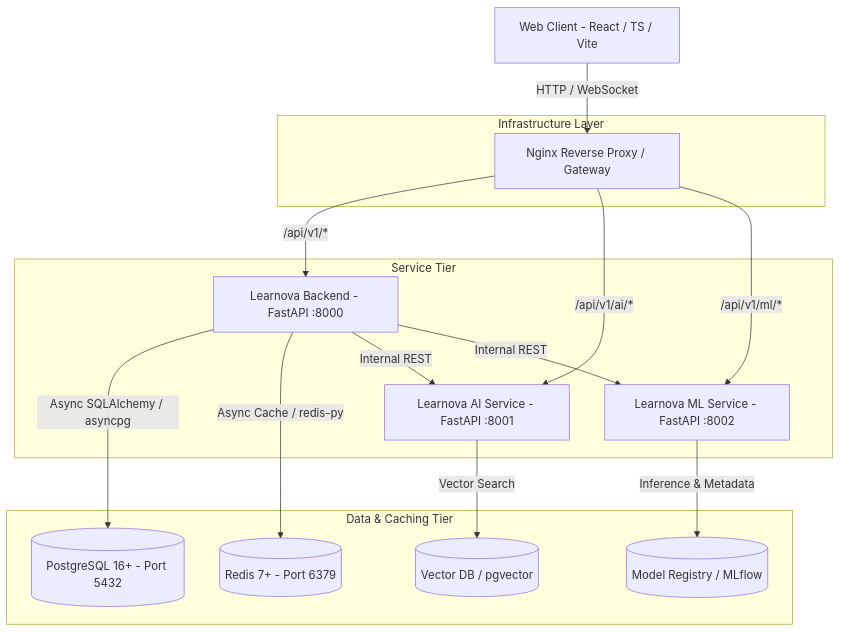
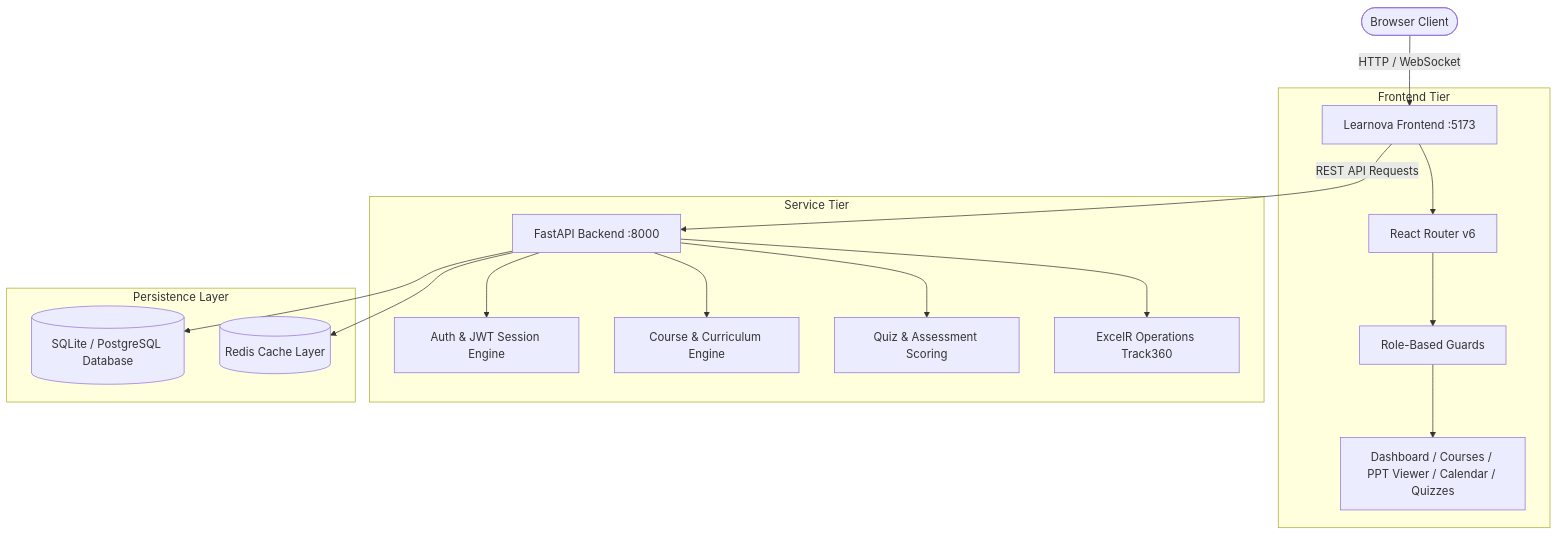
Before and after one commit to reegangladis/Learnova-AI: the diagram in README.md, drawn with Mermaid. The commit also changed other lines of this file, not shown here.

Commit message:
docs: modernize and enrich README with features, architecture, seeded courses, and live demo personas

````diff
--- a/README.md
+++ b/README.md
@@ -28,34 +134,24 @@
 ```mermaid
 graph TD
-    Client[Web Client - React / TS / Vite]
+    User([Browser Client]) -->|HTTP / WebSocket| Gateway[Learnova Frontend :5173]
     
-    subgraph Infrastructure Layer
-        Nginx[Nginx Reverse Proxy / Gateway]
+    subgraph Frontend Tier
+        Gateway --> Router[React Router v6]
+        Router --> RBAC[Role-Based Guards]
+        RBAC --> Pages[Dashboard / Courses / PPT Viewer / Calendar / Quizzes]
     end
 
+    Gateway -->|REST API Requests| Backend[FastAPI Backend :8000]
+
     subgraph Service Tier
-        Backend[Learnova Backend - FastAPI :8000]
-        AIService[Learnova AI Service - FastAPI :8001]
-        MLService[Learnova ML Service - FastAPI :8002]
+        Backend --> AuthModule[Auth & JWT Session Engine]
+        Backend --> CourseModule[Course & Curriculum Engine]
+        Backend --> QuizModule[Quiz & Assessment Scoring]
+        Backend --> Track360[ExcelR Operations Track360]
     end
 
-    subgraph Data & Caching Tier
-        Postgres[(PostgreSQL 16+ - Port 5432)]
-        RedisCache[(Redis 7+ - Port 6379)]
-        VectorDB[(Vector DB / pgvector)]
-        ModelRegistry[(Model Registry / MLflow)]
+    subgraph Persistence Layer
+        Backend --> SQLite[(SQLite / PostgreSQL Database)]
+        Backend --> Cache[(Redis Cache Layer)]
     end
-
-    Client -->|HTTP / WebSocket| Nginx
-    Nginx -->|/api/v1/*| Backend
-    Nginx -->|/api/v1/ai/*| AIService
-    Nginx -->|/api/v1/ml/*| MLService
-
-    Backend -->|Async SQLAlchemy / asyncpg| Postgres
-    Backend -->|Async Cache / redis-py| RedisCache
-    Backend -->|Internal REST| AIService
-    Backend -->|Internal REST| MLService
-
-    AIService -->|Vector Search| VectorDB
-    MLService -->|Inference & Metadata| ModelRegistry
 ```
````
